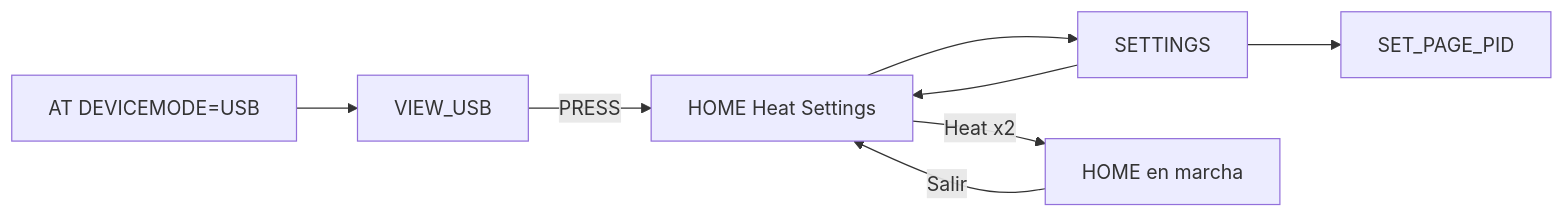
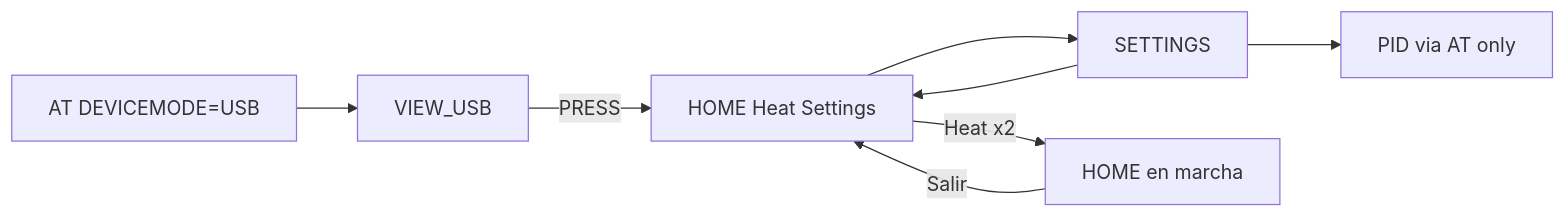
Before and after one commit to krisskira/smd-soldering-hotplate: the second of 3 diagrams in doc/architecture.md, drawn with Mermaid. The commit also changed other lines of this file and 25 other files, not shown here.

````diff
--- a/doc/architecture.md
+++ b/doc/architecture.md
@@ -70,15 +70,15 @@
 ```mermaid
 flowchart LR
   home["HOME Heat Settings"]
   set["SETTINGS"]
-  pid["SET_PAGE_PID"]
+  pid["PID via AT only"]
   run["HOME en marcha"]
   usb["VIEW_USB"]
   home -->|Heat x2| run
   home --> set
   set --> pid
   set --> home
   run -->|Salir| home
   atUsb["AT DEVICEMODE=USB"] --> usb
   usb -->|PRESS| home
 ```
````
